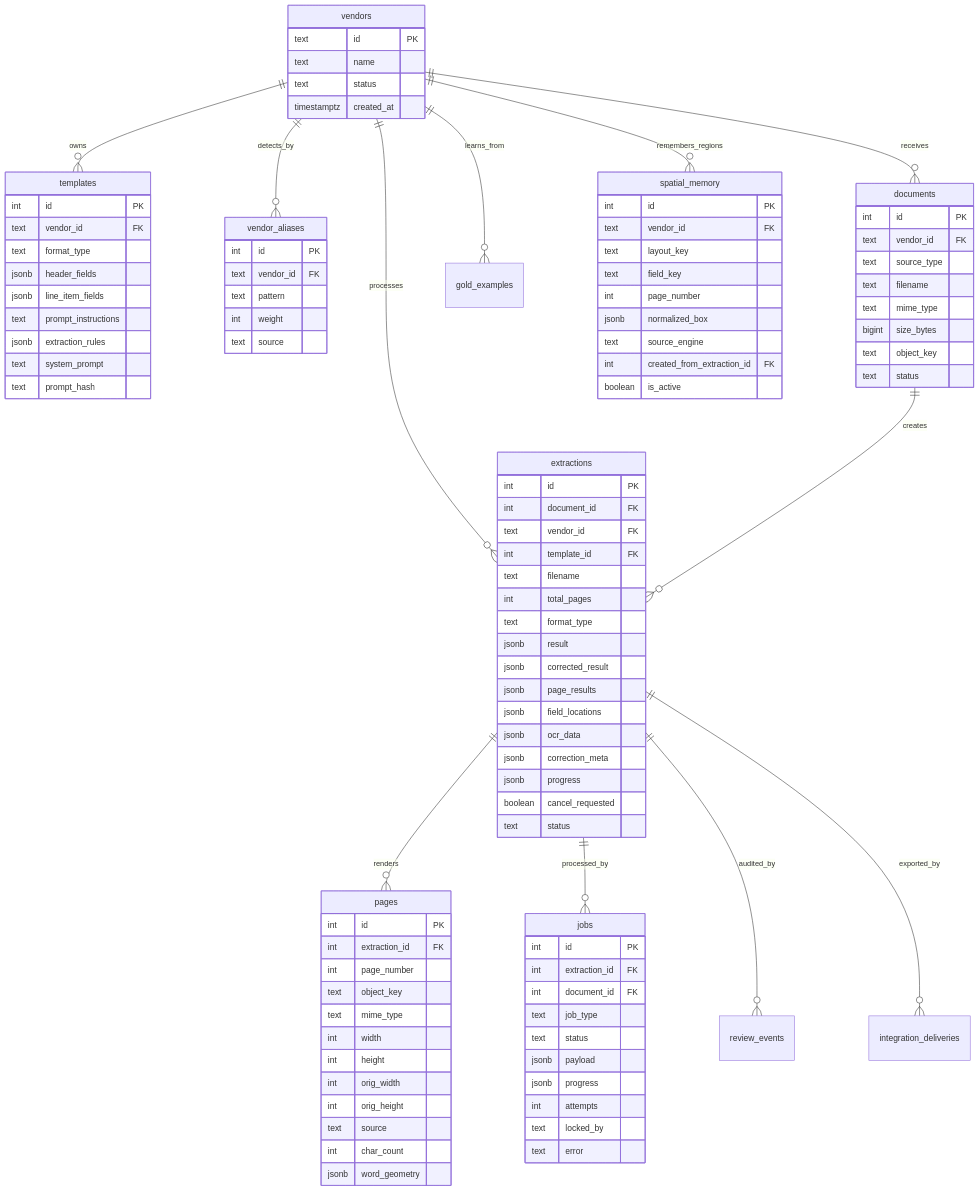
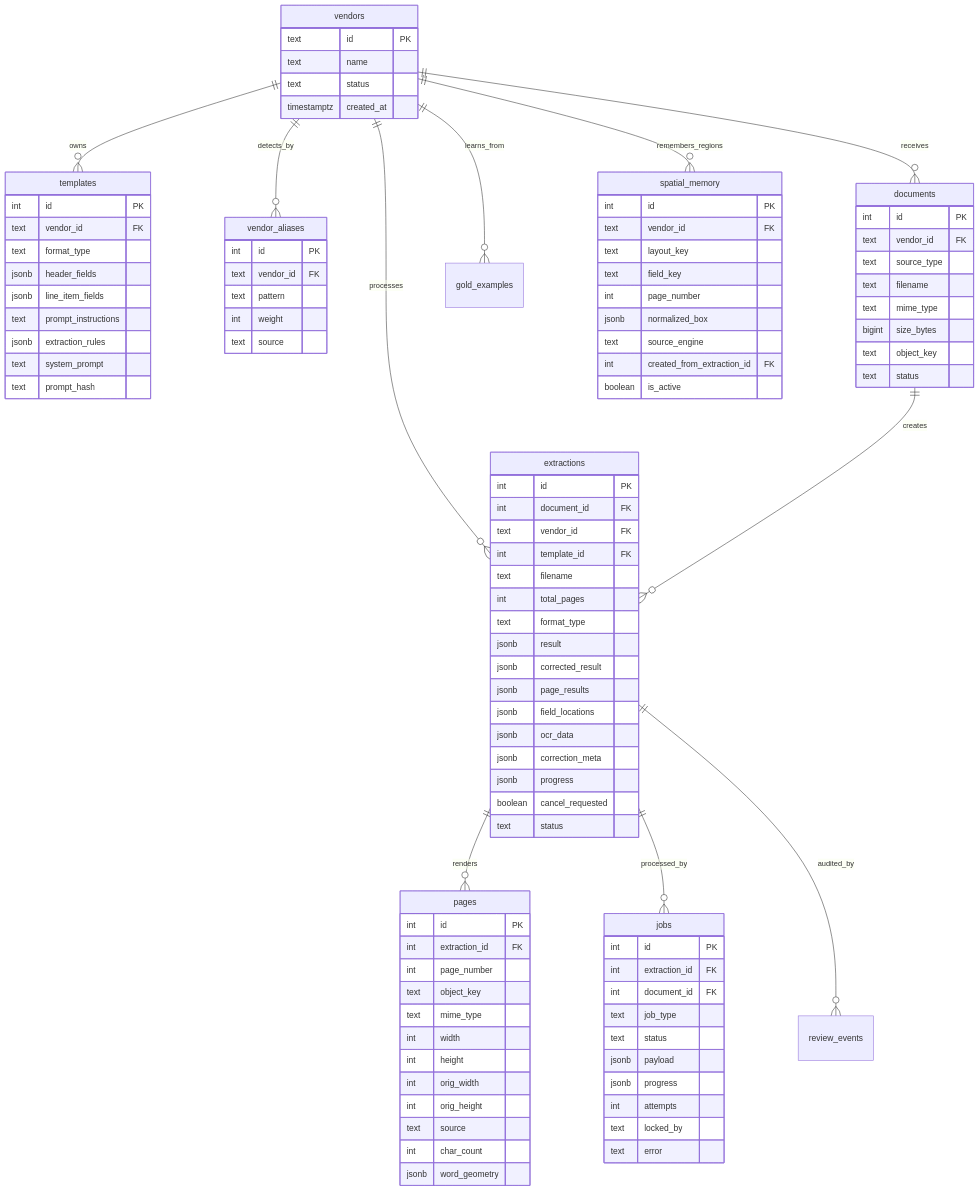
One commit to DeepakG-ai/Augemented_OCR_PaddleOCR_VL changed the seventh of 8 diagrams in spec.md. Above: the diagram before and after it, drawn with Mermaid. The commit also changed other lines of this file and 68 other files, not shown here.

```diff
--- a/spec.md
+++ b/spec.md
@@ -312,7 +309,6 @@
     extractions ||--o{ pages : renders
     extractions ||--o{ jobs : processed_by
     extractions ||--o{ review_events : audited_by
-    extractions ||--o{ integration_deliveries : exported_by
 
     vendors {
         text id PK
```
